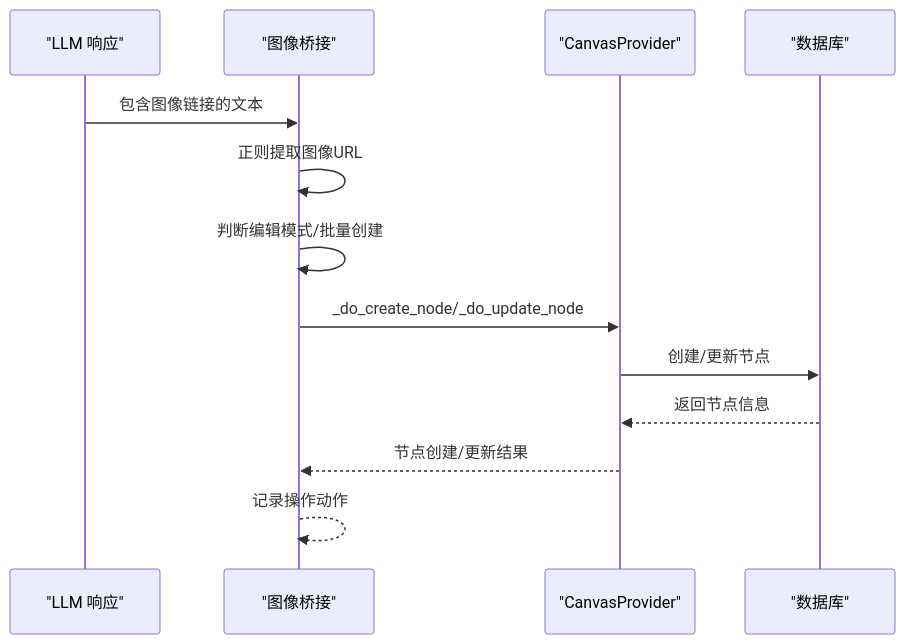
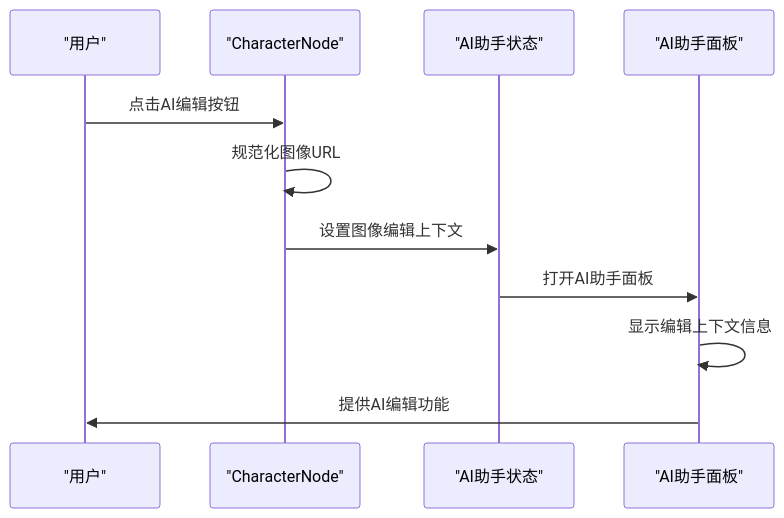
Before and after one commit to KunLabAI/KunFlix: the sixth of 11 diagrams in .qoder/repowiki/zh/content/后端服务架构/业务服务层/智能体执行服务/画布工具集成.md, drawn with Mermaid. The commit also changed other lines of this file and 10 other files, not shown here.

First line of the commit message:
feat(gemini): 新增Gemini Nano Banana图像生成功能及编辑支持

````diff
--- a/.qoder/repowiki/zh/content/后端服务架构/业务服务层/智能体执行服务/画布工具集成.md
+++ b/.qoder/repowiki/zh/content/后端服务架构/业务服务层/智能体执行服务/画布工具集成.md
@@ -247,15 +338,13 @@
 ```mermaid
 sequenceDiagram
-participant LLM as "LLM 响应"
-participant Bridge as "图像桥接"
-participant CP as "CanvasProvider"
-participant DB as "数据库"
-LLM->>Bridge : 包含图像链接的文本
-Bridge->>Bridge : 正则提取图像URL
-Bridge->>Bridge : 判断编辑模式/批量创建
-Bridge->>CP : _do_create_node/_do_update_node
-CP->>DB : 创建/更新节点
-DB-->>CP : 返回节点信息
-CP-->>Bridge : 节点创建/更新结果
-Bridge-->>Bridge : 记录操作动作
+participant User as "用户"
+participant CN as "CharacterNode"
+participant Store as "AI助手状态"
+participant AA as "AI助手面板"
+User->>CN : 点击AI编辑按钮
+CN->>CN : 规范化图像URL
+CN->>Store : 设置图像编辑上下文
+Store->>AA : 打开AI助手面板
+AA->>AA : 显示编辑上下文信息
+AA->>User : 提供AI编辑功能
 ```
````
